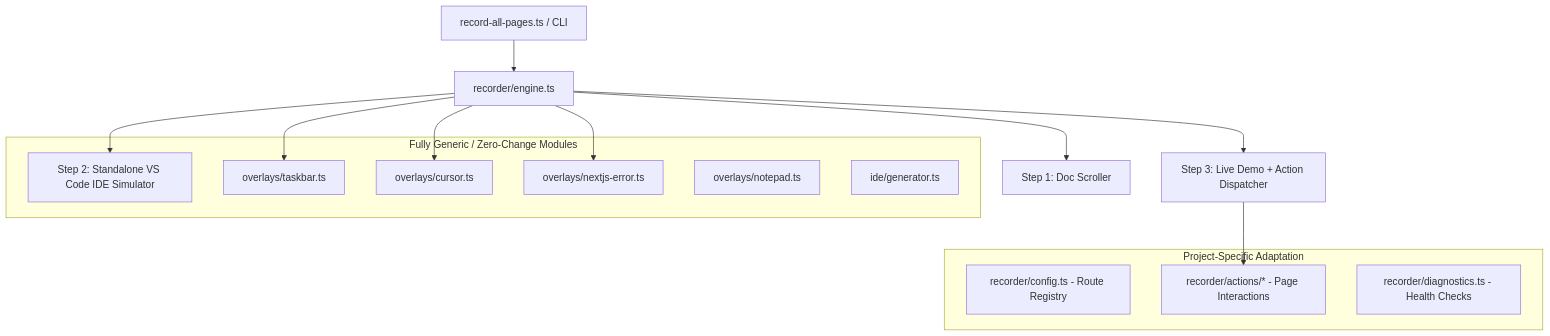
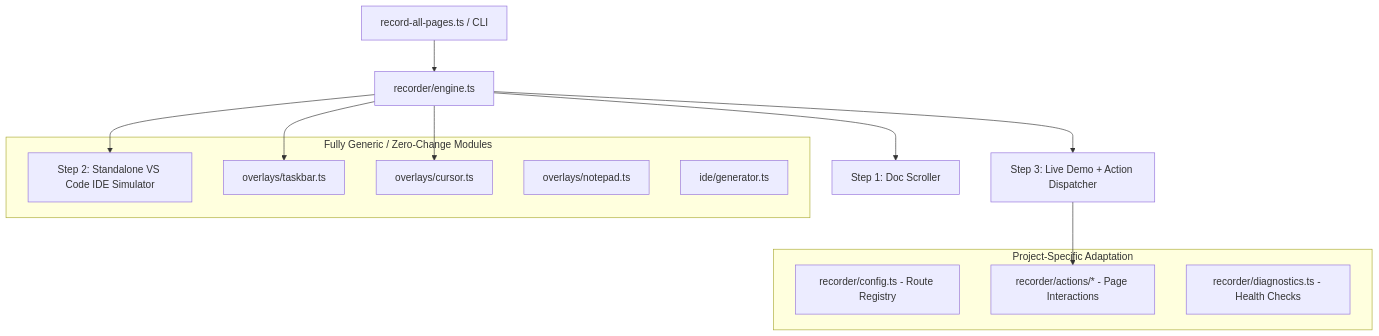
The diagram in autorecord/PORTING_GUIDE.md (MMMustafakamran/CPK-MS-Agent-Python), drawn with Mermaid before and after one commit. The commit also changed other lines of this file and 26 other files, not shown here.

````diff
--- a/autorecord/PORTING_GUIDE.md
+++ b/autorecord/PORTING_GUIDE.md
@@ -11,27 +11,25 @@
 ```mermaid
 graph TD
     A[record-all-pages.ts / CLI] --> B[recorder/engine.ts]
     B --> C[Step 1: Doc Scroller]
     B --> D[Step 2: Standalone VS Code IDE Simulator]
     B --> E[Step 3: Live Demo + Action Dispatcher]
 
     subgraph Fully Generic / Zero-Change Modules
         D
         F[overlays/taskbar.ts]
         G[overlays/cursor.ts]
-        H[overlays/nextjs-error.ts]
         I[overlays/notepad.ts]
         J[ide/generator.ts]
     end
 
     subgraph Project-Specific Adaptation
         K[recorder/config.ts - Route Registry]
         L[recorder/actions/* - Page Interactions]
         M[recorder/diagnostics.ts - Health Checks]
     end
 
     B --> F
     B --> G
-    B --> H
     E --> L
 ```
````
